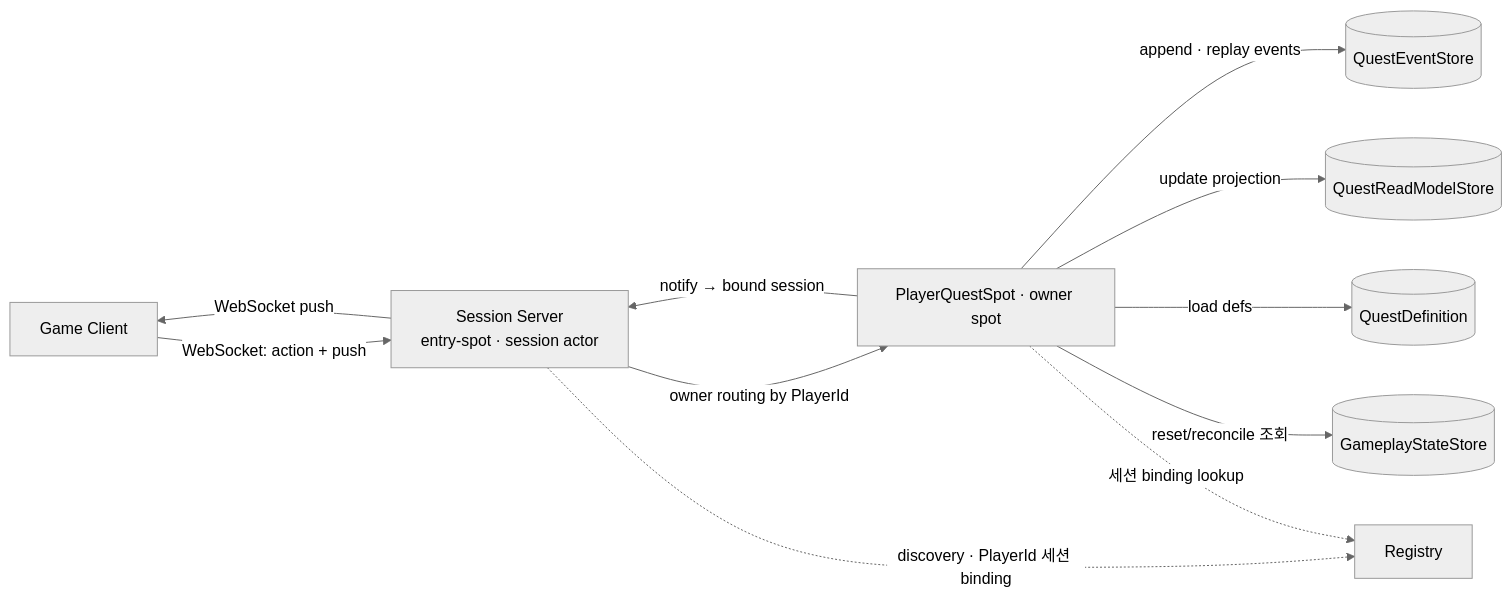
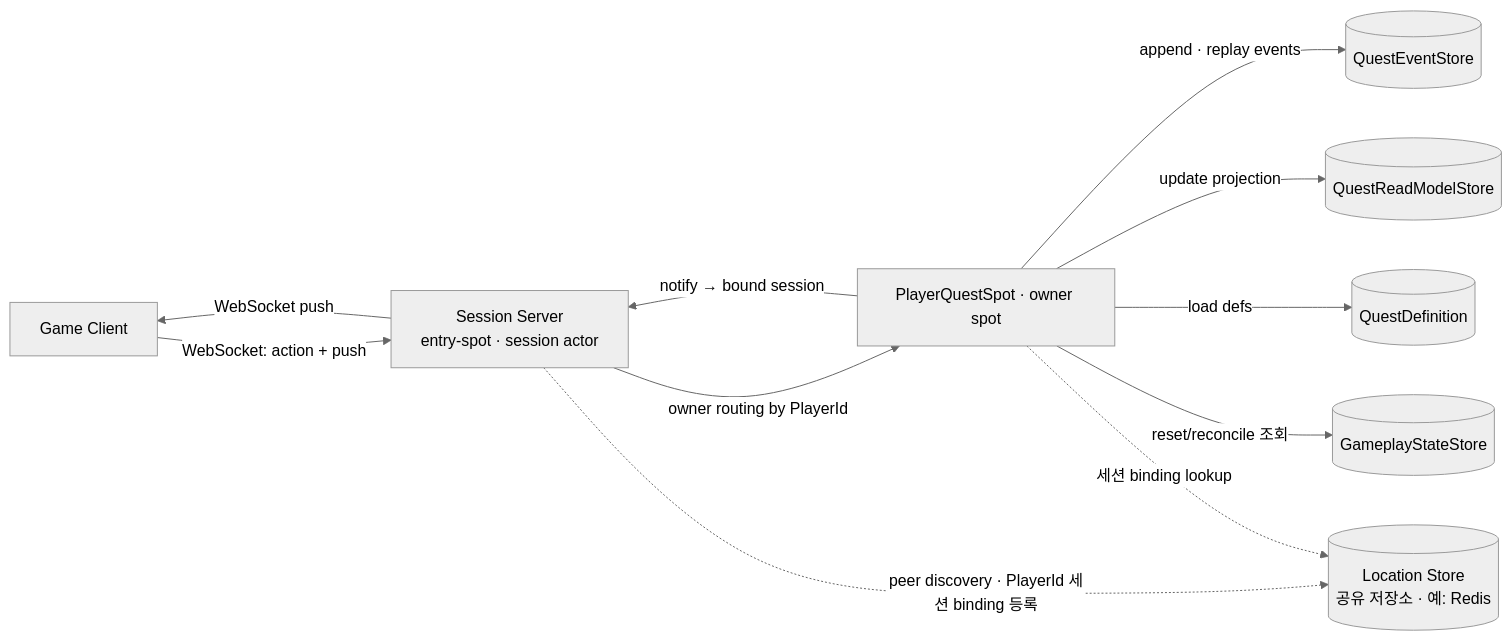
One commit to kairos-code-dev/zlink changed the third of 5 diagrams in framework/doc/framework/common/sample/event/gamequest.ko.md. Above: the diagram before and after it, drawn with Mermaid (neutral theme). The commit also changed other lines of this file and 1 other file, not shown here.

````diff
--- a/framework/doc/framework/common/sample/event/gamequest.ko.md
+++ b/framework/doc/framework/common/sample/event/gamequest.ko.md
@@ -178,22 +187,22 @@
 ```mermaid
 graph LR
     C[Game Client]
     SS["Session Server<br/>entry-spot · session actor"]
     SP[PlayerQuestSpot · owner spot]
     EVS[(QuestEventStore)]
     RM[(QuestReadModelStore)]
     GDB[(GameplayStateStore)]
     DEF[(QuestDefinition)]
-    R[Registry]
+    LS[("Location Store<br/>공유 저장소 · 예: Redis")]
 
     C -->|WebSocket: action + push| SS
     SS -->|owner routing by PlayerId| SP
     SP -->|append · replay events| EVS
     SP -->|update projection| RM
     SP -->|load defs| DEF
     SP -->|reset/reconcile 조회| GDB
     SP -->|notify → bound session| SS
     SS -->|WebSocket push| C
-    SS -. discovery · PlayerId 세션 binding .-> R
-    SP -. 세션 binding lookup .-> R
+    SS -. peer discovery · PlayerId 세션 binding 등록 .-> LS
+    SP -. 세션 binding lookup .-> LS
 ```
````
